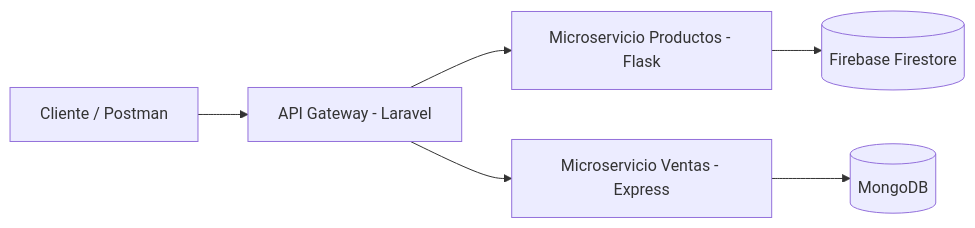
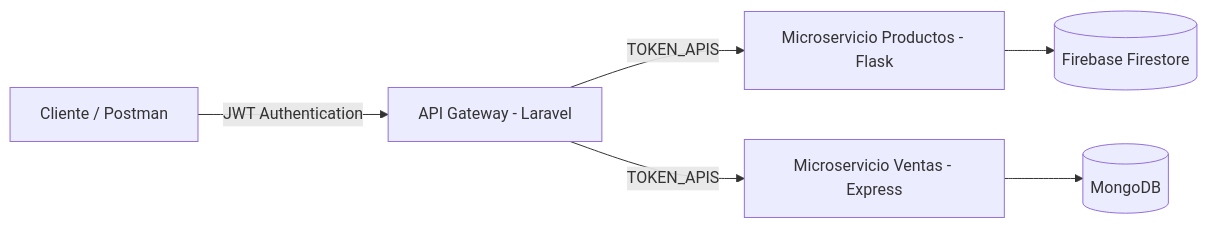
One commit to eidarragav/api_gateway_laravel changed the first of 2 diagrams in README.md. Above: the diagram before and after it, drawn with Mermaid. The commit also changed other lines of this file, not shown here.

````diff
--- a/README.md
+++ b/README.md
@@ -513,11 +513,21 @@
 ```mermaid
 flowchart LR
 
-A[Cliente / Postman] --> B[API Gateway - Laravel]
+Cliente[Cliente / Postman]
 
-B --> C[Microservicio Productos - Flask]
-B --> D[Microservicio Ventas - Express]
+Gateway[API Gateway - Laravel]
 
-C --> E[(Firebase Firestore)]
-D --> F[(MongoDB)]
+Productos[Microservicio Productos - Flask]
+Ventas[Microservicio Ventas - Express]
+
+Firestore[(Firebase Firestore)]
+Mongo[(MongoDB)]
+
+Cliente -->|JWT Authentication| Gateway
+
+Gateway -->|TOKEN_APIS| Productos
+Gateway -->|TOKEN_APIS| Ventas
+
+Productos --> Firestore
+Ventas --> Mongo
 ```
````
